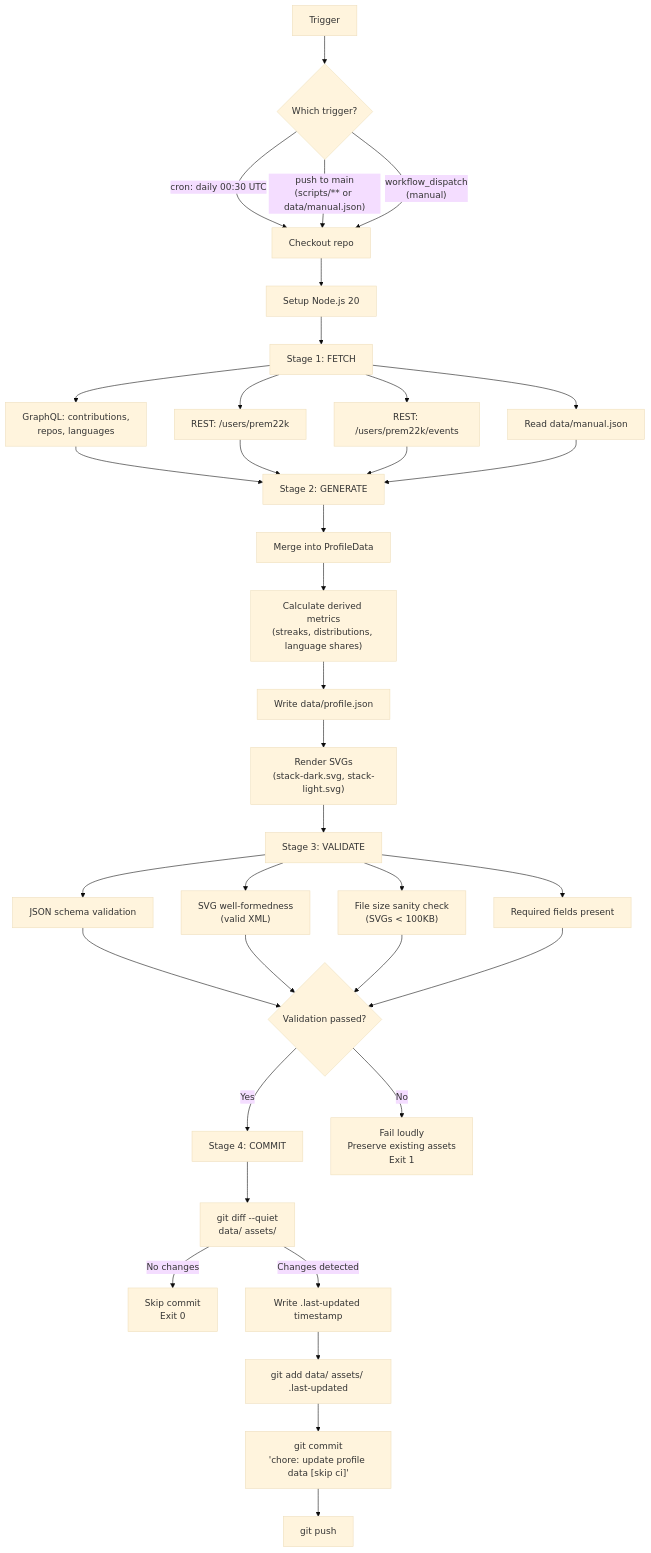
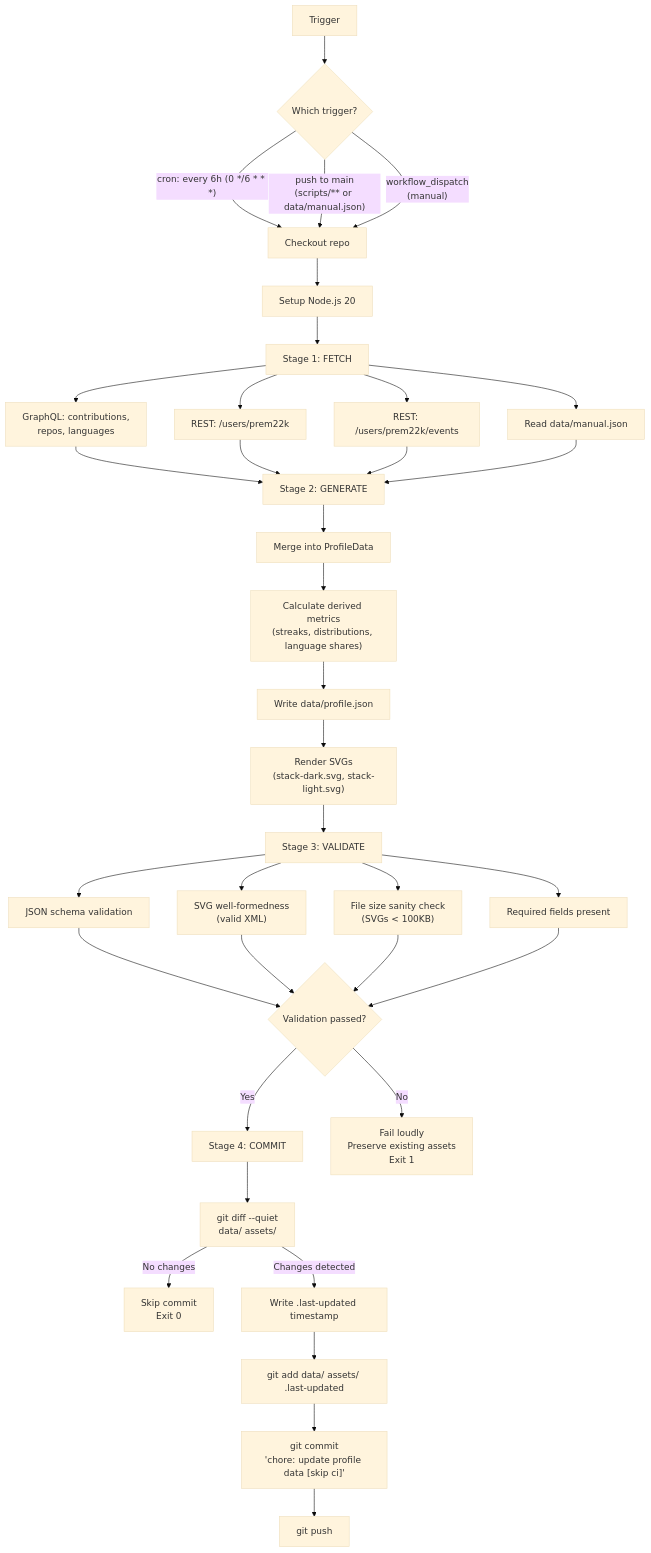
One commit to prem22k/prem22k changed the diagram in WORKFLOW-ARCHITECTURE.md. Above: the diagram before and after it, drawn with Mermaid (base theme). The commit also changed other lines of this file and 1 other file, not shown here.

Commit message:
ci(workflow): update cron schedule to trigger every 6 hours

````diff
--- a/WORKFLOW-ARCHITECTURE.md
+++ b/WORKFLOW-ARCHITECTURE.md
@@ -40,46 +40,46 @@
 ```mermaid
 flowchart TD
     A["Trigger"] --> B{"Which trigger?"}
-    B -->|"cron: daily 00:30 UTC"| C["Checkout repo"]
+    B -->|"cron: every 6h (0 */6 * * *)"| C["Checkout repo"]
     B -->|"push to main<br/>(scripts/** or data/manual.json)"| C
     B -->|"workflow_dispatch<br/>(manual)"| C
 
     C --> D["Setup Node.js 20"]
     D --> E["Stage 1: FETCH"]
 
     E --> E1["GraphQL: contributions,<br/>repos, languages"]
     E --> E2["REST: /users/prem22k"]
     E --> E3["REST: /users/prem22k/events"]
     E --> E4["Read data/manual.json"]
 
     E1 --> F["Stage 2: GENERATE"]
     E2 --> F
     E3 --> F
     E4 --> F
 
     F --> F1["Merge into ProfileData"]
     F1 --> F2["Calculate derived metrics<br/>(streaks, distributions, language shares)"]
     F2 --> F3["Write data/profile.json"]
     F3 --> F4["Render SVGs<br/>(stack-dark.svg, stack-light.svg)"]
 
     F4 --> G["Stage 3: VALIDATE"]
     G --> G1["JSON schema validation"]
     G --> G2["SVG well-formedness<br/>(valid XML)"]
     G --> G3["File size sanity check<br/>(SVGs < 100KB)"]
     G --> G4["Required fields present"]
 
     G1 --> H{"Validation passed?"}
     G2 --> H
     G3 --> H
     G4 --> H
 
     H -->|"Yes"| I["Stage 4: COMMIT"]
     H -->|"No"| J["Fail loudly<br/>Preserve existing assets<br/>Exit 1"]
 
     I --> I1["git diff --quiet<br/>data/ assets/"]
     I1 -->|"No changes"| K["Skip commit<br/>Exit 0"]
     I1 -->|"Changes detected"| I2["Write .last-updated timestamp"]
     I2 --> I3["git add data/ assets/ .last-updated"]
     I3 --> I4["git commit<br/>'chore: update profile data [skip ci]'"]
     I4 --> I5["git push"]
 ```
````
